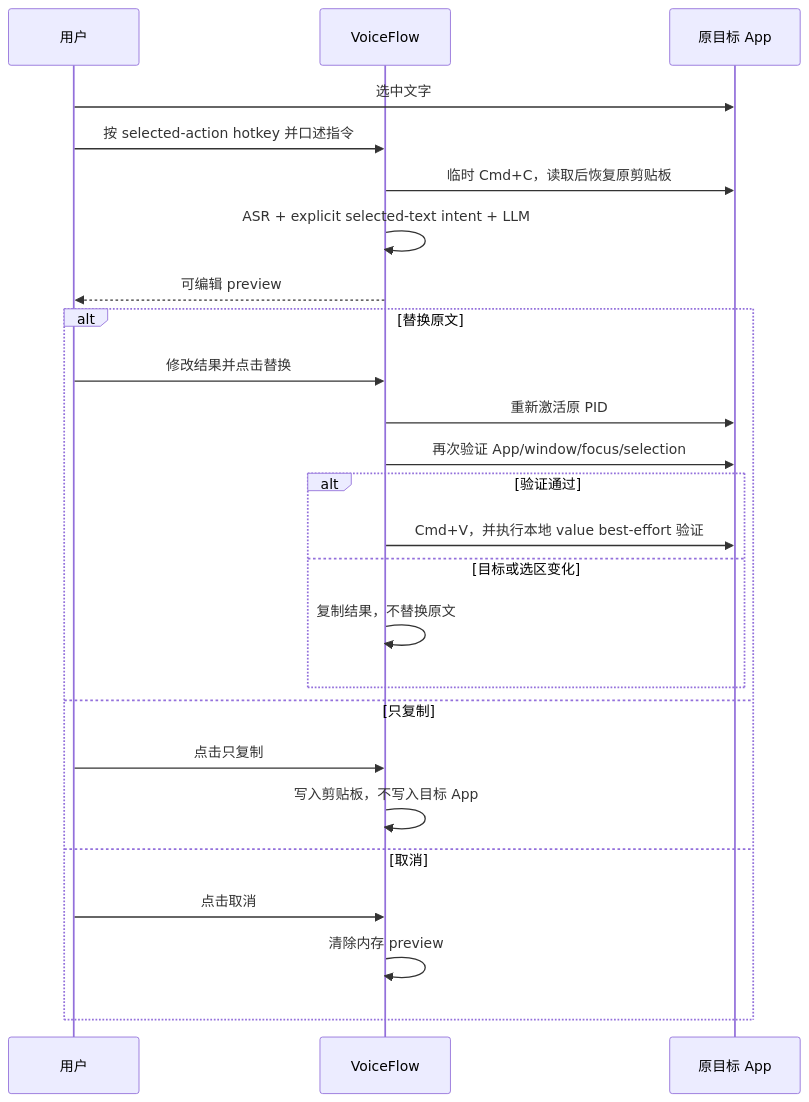
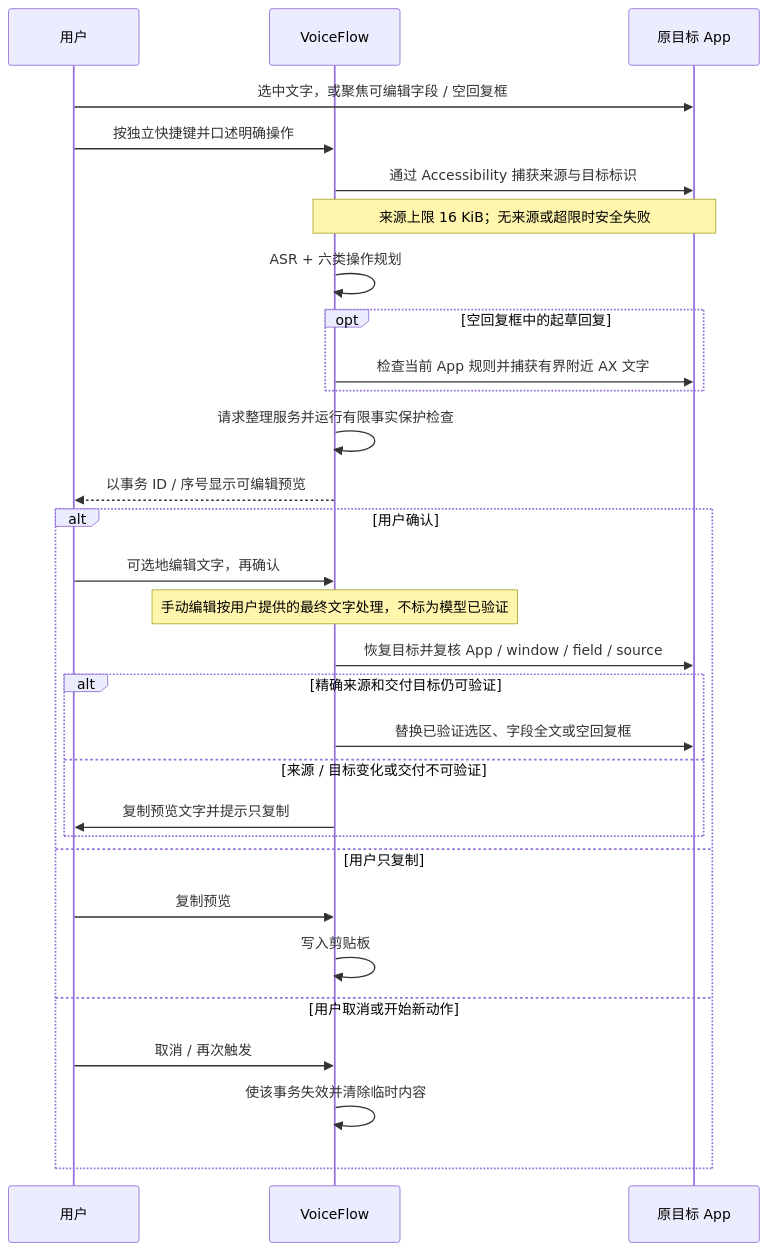
Before and after one commit to wangm12/voice-flow: the second of 2 diagrams in docs/end-to-end-workflows.md, drawn with Mermaid. The commit also changed other lines of this file and 211 other files, not shown here.

````diff
--- a/docs/end-to-end-workflows.md
+++ b/docs/end-to-end-workflows.md
@@ -49,27 +155,32 @@
 ```mermaid
 sequenceDiagram
   participant U as 用户
   participant V as VoiceFlow
   participant T as 原目标 App
-  U->>T: 选中文字
-  U->>V: 按 selected-action hotkey 并口述指令
-  V->>T: 临时 Cmd+C，读取后恢复原剪贴板
-  V->>V: ASR + explicit selected-text intent + LLM
-  V-->>U: 可编辑 preview
-  alt 替换原文
-    U->>V: 修改结果并点击替换
-    V->>T: 重新激活原 PID
-    V->>T: 再次验证 App/window/focus/selection
-    alt 验证通过
-      V->>T: Cmd+V，并执行本地 value best-effort 验证
-    else 目标或选区变化
-      V->>V: 复制结果，不替换原文
+  U->>T: 选中文字，或聚焦可编辑字段 / 空回复框
+  U->>V: 按独立快捷键并口述明确操作
+  V->>T: 通过 Accessibility 捕获来源与目标标识
+  Note over V,T: 来源上限 16 KiB；无来源或超限时安全失败
+  V->>V: ASR + 六类操作规划
+  opt 空回复框中的起草回复
+    V->>T: 检查当前 App 规则并捕获有界附近 AX 文字
+  end
+  V->>V: 请求整理服务并运行有限事实保护检查
+  V-->>U: 以事务 ID / 序号显示可编辑预览
+  alt 用户确认
+    U->>V: 可选地编辑文字，再确认
+    Note over V: 手动编辑按用户提供的最终文字处理，不标为模型已验证
+    V->>T: 恢复目标并复核 App / window / field / source
+    alt 精确来源和交付目标仍可验证
+      V->>T: 替换已验证选区、字段全文或空回复框
+    else 来源 / 目标变化或交付不可验证
+      V->>U: 复制预览文字并提示只复制
     end
-  else 只复制
-    U->>V: 点击只复制
-    V->>V: 写入剪贴板，不写入目标 App
-  else 取消
-    U->>V: 点击取消
-    V->>V: 清除内存 preview
+  else 用户只复制
+    U->>V: 复制预览
+    V->>V: 写入剪贴板
+  else 用户取消或开始新动作
+    U->>V: 取消 / 再次触发
+    V->>V: 使该事务失效并清除临时内容
   end
 ```
````
